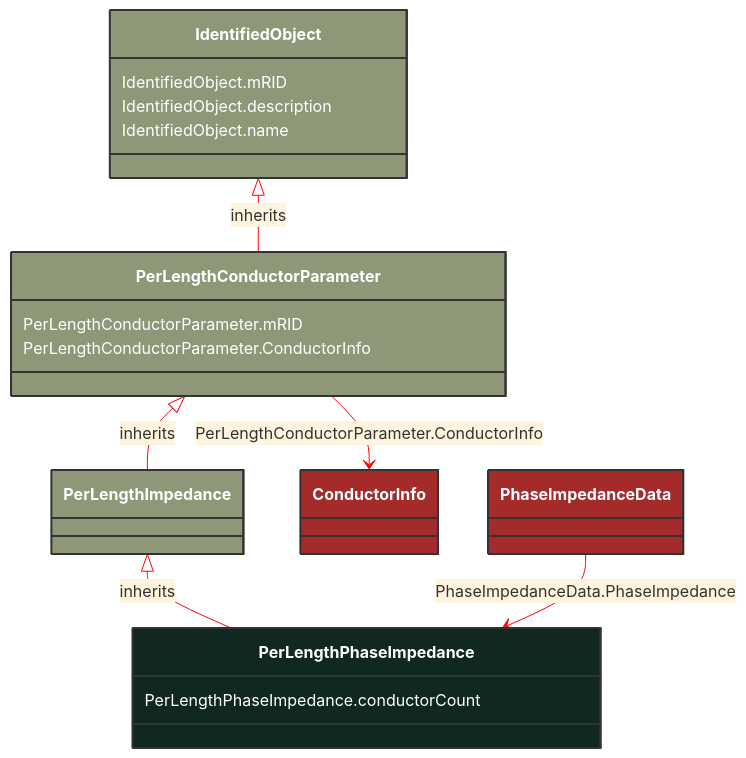
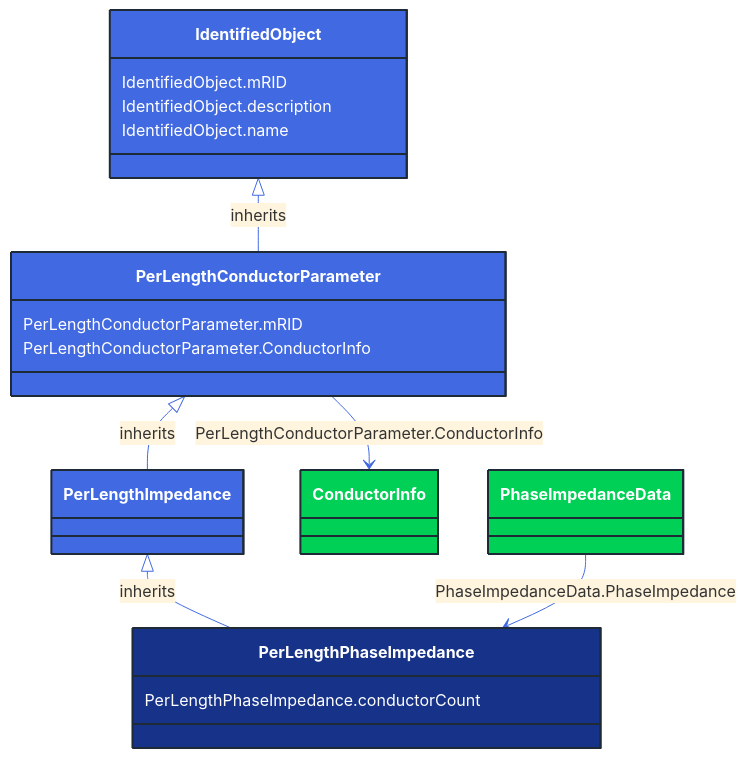
One commit to 3lbits/NoCIMExtensions changed the diagram in docs/Models/Profiles/SubseaCableInfo/ConcreteClasses/PerLengthPhaseImpedance.md. Above: the diagram before and after it, drawn with Mermaid. The commit also changed 362 other files, not shown here.

First line of the commit message:
Update diagrams and styles for improved visual consistency

````diff
--- a/docs/Models/Profiles/SubseaCableInfo/ConcreteClasses/PerLengthPhaseImpedance.md
+++ b/docs/Models/Profiles/SubseaCableInfo/ConcreteClasses/PerLengthPhaseImpedance.md
@@ -8,39 +8,39 @@
 ```mermaid
-%%{init: {'theme':'base','themeVariables': {'lineColor': '#FF0000'}}}%%
+%%{init: {'theme':'base','themeVariables': {'lineColor': '#4169E1'}}}%%
 classDiagram
     class PerLengthPhaseImpedance
     click PerLengthPhaseImpedance href "/Models/Profiles/SubseaCableInfo/ConcreteClasses/PerLengthPhaseImpedance/"
-    style PerLengthPhaseImpedance fill:#102820,stroke:#333,stroke-width:2px,rx:10,ry:10,color:white
+    style PerLengthPhaseImpedance fill:#163289,stroke:#1F2A37,stroke-width:2px,rx:10,ry:10,color:white
      
         PerLengthImpedance <|-- PerLengthPhaseImpedance : inherits
             click PerLengthImpedance href "/Models/Profiles/SubseaCableInfo/AbstractClasses/PerLengthImpedance/"
-            style PerLengthImpedance fill:#8F9779,stroke:#333,stroke-width:2px,rx:10,ry:10,color:white
+            style PerLengthImpedance fill:#4169E1,stroke:#1F2A37,stroke-width:2px,rx:10,ry:10,color:white
      
         PerLengthConductorParameter <|-- PerLengthImpedance : inherits
             click PerLengthConductorParameter href "/Models/Profiles/SubseaCableInfo/AbstractClasses/PerLengthConductorParameter/"
-            style PerLengthConductorParameter fill:#8F9779,stroke:#333,stroke-width:2px,rx:10,ry:10,color:white
+            style PerLengthConductorParameter fill:#4169E1,stroke:#1F2A37,stroke-width:2px,rx:10,ry:10,color:white
      
         IdentifiedObject <|-- PerLengthConductorParameter : inherits
             click IdentifiedObject href "/Models/Profiles/SubseaCableInfo/AbstractClasses/IdentifiedObject/"
-            style IdentifiedObject fill:#8F9779,stroke:#333,stroke-width:2px,rx:10,ry:10,color:white
+            style IdentifiedObject fill:#4169E1,stroke:#1F2A37,stroke-width:2px,rx:10,ry:10,color:white
 
         PerLengthConductorParameter --> ConductorInfo : PerLengthConductorParameter.ConductorInfo
 
         ConductorInfo
             click ConductorInfo href "/Models/Profiles/SubseaCableInfo/AbstractClasses/ConductorInfo/"
-            style ConductorInfo fill:#A52A2A,stroke:#333,stroke-width:2px,rx:10,ry:10,color:white
+            style ConductorInfo fill:#00D156,stroke:#1F2A37,stroke-width:2px,rx:10,ry:10,color:white
 
         PhaseImpedanceData --> PerLengthPhaseImpedance : PhaseImpedanceData.PhaseImpedance
 
         PhaseImpedanceData
             click PhaseImpedanceData href "/Models/Profiles/SubseaCableInfo/ConcreteClasses/PhaseImpedanceData/"
-            style PhaseImpedanceData fill:#A52A2A,stroke:#333,stroke-width:2px,rx:10,ry:10,color:white
+            style PhaseImpedanceData fill:#00D156,stroke:#1F2A37,stroke-width:2px,rx:10,ry:10,color:white
 
 
         PerLengthPhaseImpedance : PerLengthPhaseImpedance.conductorCount
         PerLengthConductorParameter : PerLengthConductorParameter.mRID
         PerLengthConductorParameter : PerLengthConductorParameter.ConductorInfo
         IdentifiedObject : IdentifiedObject.mRID
         IdentifiedObject : IdentifiedObject.description
         IdentifiedObject : IdentifiedObject.name
 ```
````
